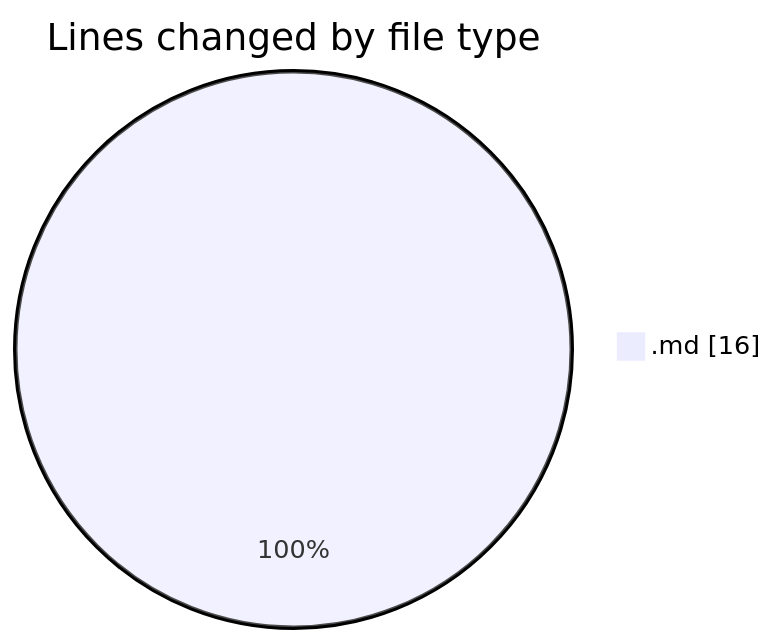
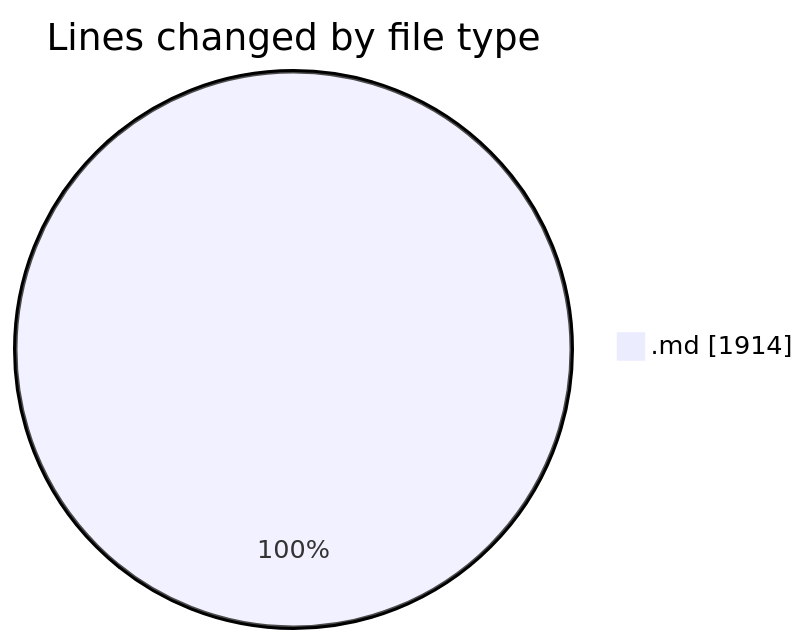
The first of 2 diagrams in 2025-07-07/urlwebwala_intership_work/README.md (Ritupan-Deka/code-tracking), drawn with Mermaid before and after one commit. The commit also changed other lines of this file and 1 other file, not shown here.

````diff
--- a/2025-07-07/urlwebwala_intership_work/README.md
+++ b/2025-07-07/urlwebwala_intership_work/README.md
@@ -22,5 +22,5 @@
 ```mermaid
 pie showData
 title Lines changed by file type
-".md" : 16
+".md" : 1914
 ```
````
